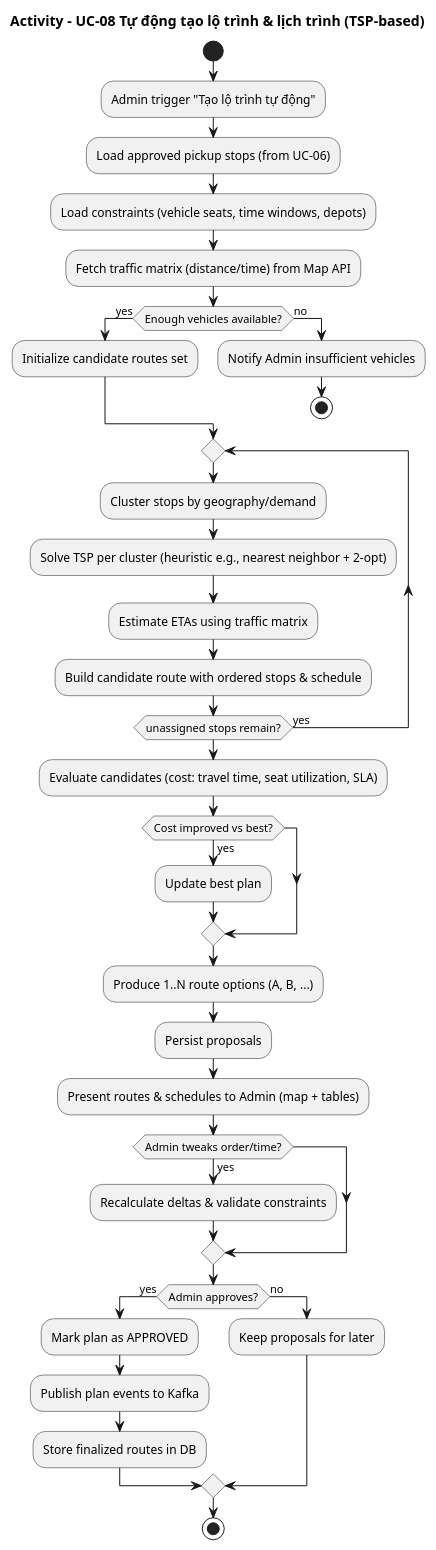
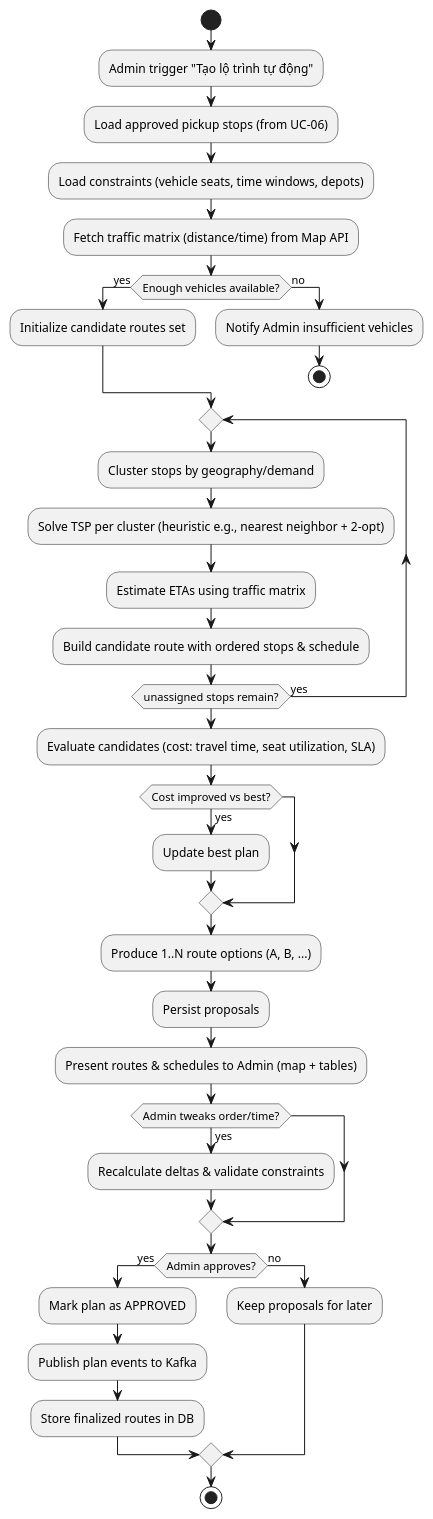
One commit to phuongbv00/hust-bus-stop changed the diagram in docs/uml/activity/activity_uc08_routing_optimization.puml. Above: the diagram before and after it, drawn with PlantUML. The commit also changed 25 other files, not shown here.

Commit message:
docs: update diagrams

```diff
--- a/docs/uml/activity/activity_uc08_routing_optimization.puml
+++ b/docs/uml/activity/activity_uc08_routing_optimization.puml
@@ -1,44 +1,43 @@
 @startuml
-title Activity - UC-08 Tự động tạo lộ trình & lịch trình (TSP-based)
 start
 :Admin trigger "Tạo lộ trình tự động";
 :Load approved pickup stops (from UC-06);
 :Load constraints (vehicle seats, time windows, depots);
 :Fetch traffic matrix (distance/time) from Map API;
 
 if (Enough vehicles available?) then (yes)
   :Initialize candidate routes set;
 else (no)
   :Notify Admin insufficient vehicles;
   stop
 endif
 
 repeat
   :Cluster stops by geography/demand;
   :Solve TSP per cluster (heuristic e.g., nearest neighbor + 2-opt);
   :Estimate ETAs using traffic matrix;
   :Build candidate route with ordered stops & schedule;
 repeat while (unassigned stops remain?) is (yes)
 
 :Evaluate candidates (cost: travel time, seat utilization, SLA);
 if (Cost improved vs best?) then (yes)
   :Update best plan;
 endif
 
 :Produce 1..N route options (A, B, ...);
 :Persist proposals;
 :Present routes & schedules to Admin (map + tables);
 
 if (Admin tweaks order/time?) then (yes)
   :Recalculate deltas & validate constraints;
 endif
 
 if (Admin approves?) then (yes)
   :Mark plan as APPROVED;
   :Publish plan events to Kafka;
   :Store finalized routes in DB;
 else (no)
   :Keep proposals for later;
 endif
 stop
 @enduml
```
